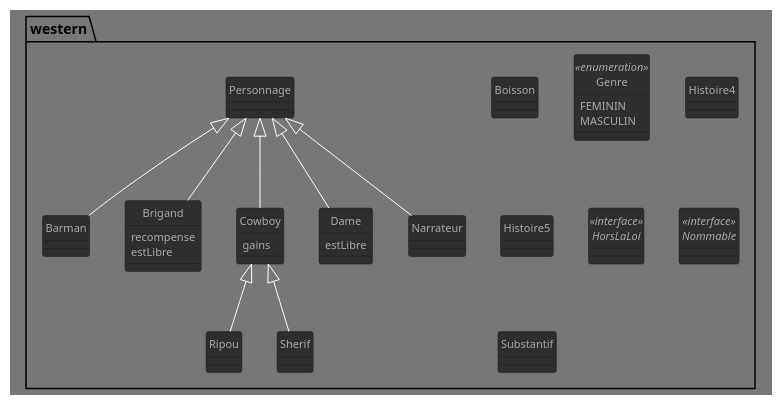
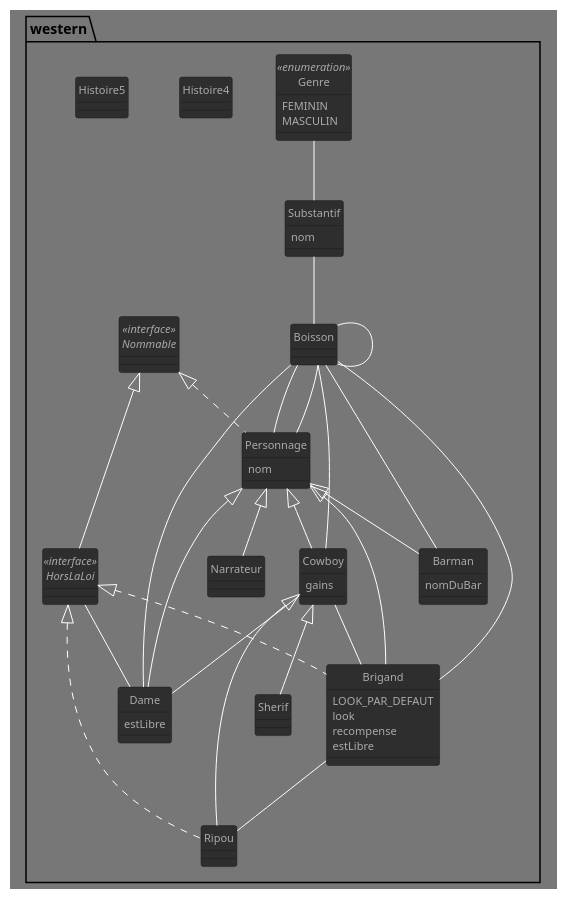
One commit to GlazKrovi/JavaToPlantUML changed the diagram in generates/pumls/DCA_western.puml. Above: the diagram before and after it, drawn with PlantUML. The commit also changed 25 other files, not shown here.

```diff
--- a/generates/pumls/DCA_western.puml
+++ b/generates/pumls/DCA_western.puml
@@ -1,54 +1,72 @@
 @startuml
 !theme reddress-darkgreen
 skinparam style strictuml
 
 package western {
 class Barman extends western.Personnage {
+nomDuBar
 
 }
 class Boisson {
 
 }
-class Brigand extends western.Personnage {
+class Brigand extends western.Personnage implements western.HorsLaLoi {
+LOOK_PAR_DEFAUT
+look
 recompense
 estLibre
 
 }
 class Cowboy extends western.Personnage {
 gains
 
 }
 class Dame extends western.Personnage {
 estLibre
 
 }
 enum Genre <<enumeration>> {
 FEMININ
 MASCULIN
 
 }
 class Histoire4 {
 
 }
 class Histoire5 {
 
 }
-interface HorsLaLoi <<interface>>
+interface HorsLaLoi <<interface>> extends western.Nommable
 class Narrateur extends western.Personnage {
 
 }
 interface Nommable <<interface>>
-class Personnage {
+class Personnage implements western.Nommable {
+nom
 
 }
-class Ripou extends western.Cowboy {
+class Ripou extends western.Cowboy implements western.HorsLaLoi {
 
 }
 class Sherif extends western.Cowboy {
 
 }
 class Substantif {
+nom
 
 }
+western.Boisson -- Barman
+western.Substantif -- Boisson
+western.Boisson -- Boisson
+western.Cowboy -- Brigand
+western.Boisson -- Brigand
+western.Boisson -- Cowboy
+western.Cowboy -- Dame
+western.HorsLaLoi -- Dame
+western.Boisson -- Dame
+western.Boisson -- Personnage
+western.Boisson -- Personnage
+western.Brigand -- Ripou
+western.Genre -- Substantif
 
 @enduml
```
